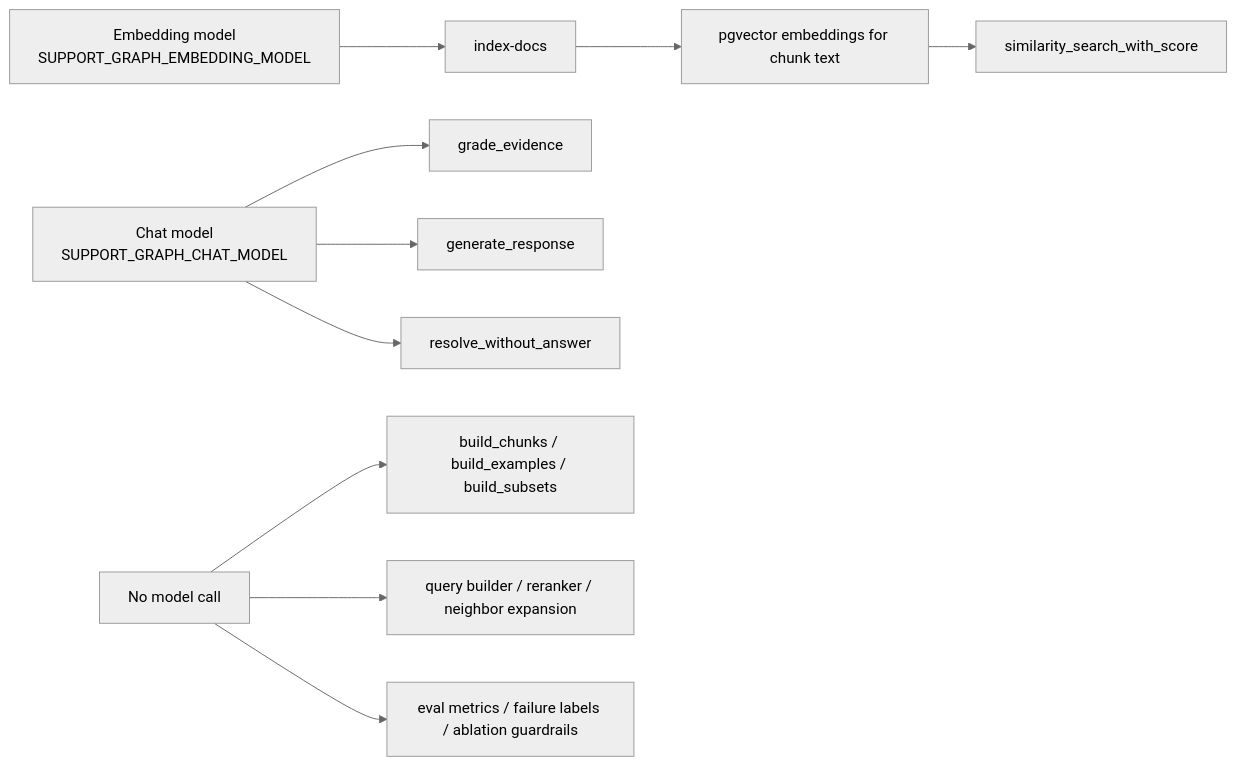
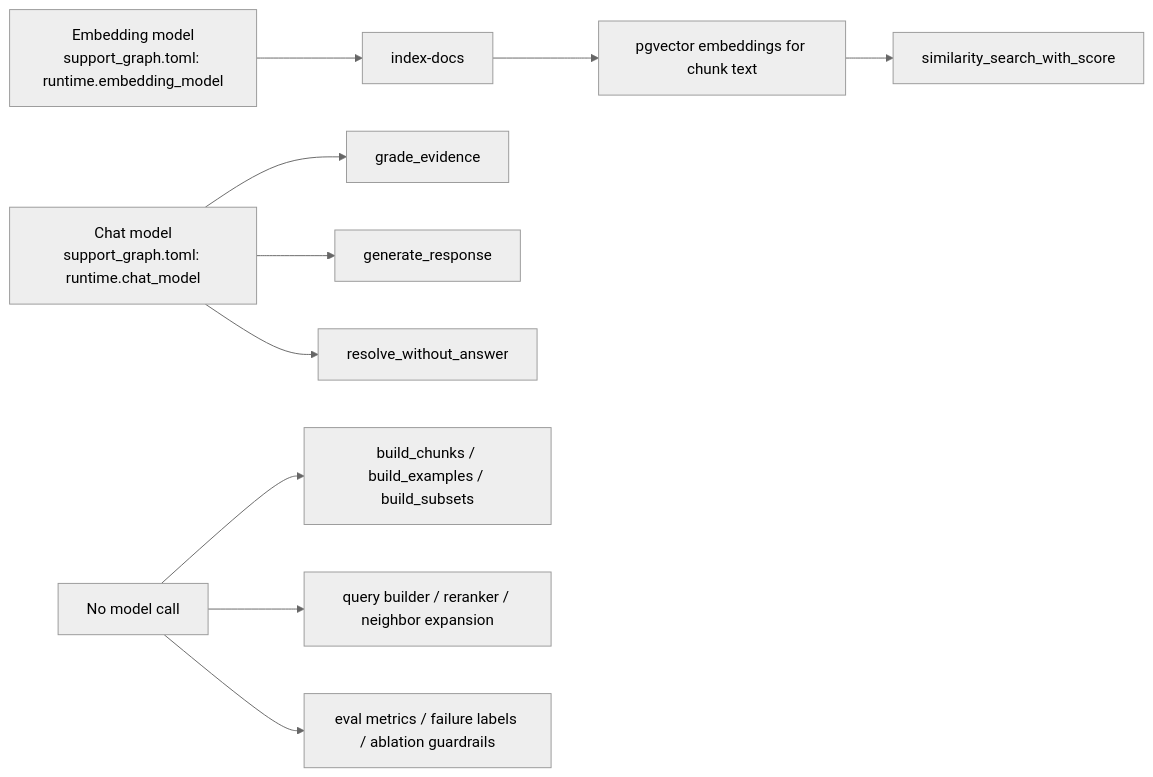
One commit to YgLK/grounded-support-rag changed the eighth of 9 diagrams in README.md. Above: the diagram before and after it, drawn with Mermaid (neutral theme). The commit also changed other lines of this file and 1 other file, not shown here.

````diff
--- a/README.md
+++ b/README.md
@@ -305,12 +321,12 @@
 ```mermaid
 flowchart LR
-    A["Embedding model<br/>SUPPORT_GRAPH_EMBEDDING_MODEL"] --> B["index-docs"]
+    A["Embedding model<br/>support_graph.toml: runtime.embedding_model"] --> B["index-docs"]
     B --> C["pgvector embeddings for chunk text"]
     C --> D["similarity_search_with_score"]
-    E["Chat model<br/>SUPPORT_GRAPH_CHAT_MODEL"] --> F["grade_evidence"]
+    E["Chat model<br/>support_graph.toml: runtime.chat_model"] --> F["grade_evidence"]
     E --> G["generate_response"]
     E --> H["resolve_without_answer"]
     I["No model call"] --> J["build_chunks / build_examples / build_subsets"]
     I --> K["query builder / reranker / neighbor expansion"]
     I --> L["eval metrics / failure labels / ablation guardrails"]
 ```
````
